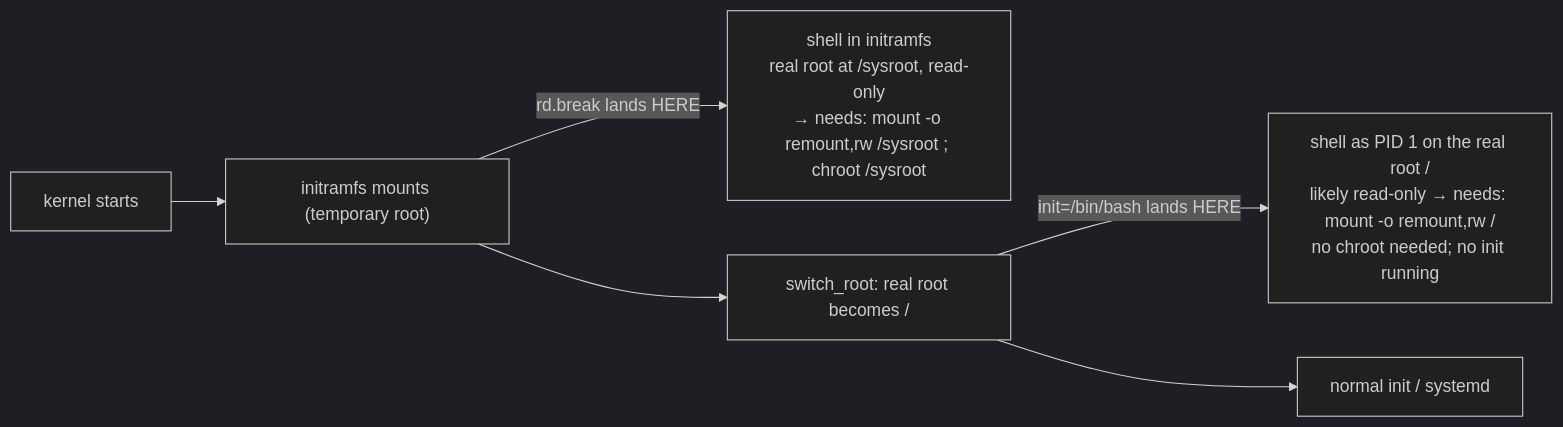
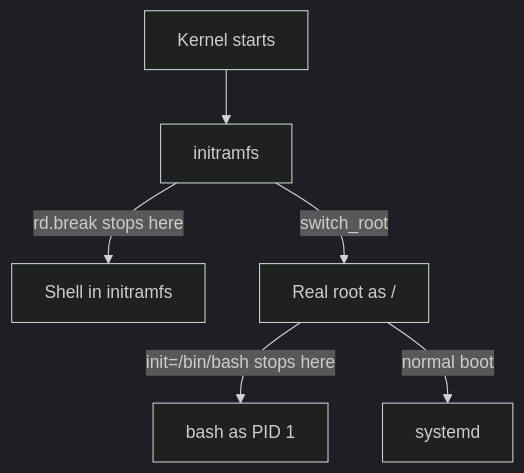
One commit to astrona-io/ATS002 changed the diagram in sections/section-080/module-02/course-01-two-doors-rd-break-and-init.md. Above: the diagram before and after it, drawn with Mermaid (dark theme). The commit also changed other lines of this file and 615 other files, not shown here.

````diff
--- a/sections/section-080/module-02/course-01-two-doors-rd-break-and-init.md
+++ b/sections/section-080/module-02/course-01-two-doors-rd-break-and-init.md
@@ -13,8 +22,8 @@
 ```mermaid
-flowchart LR
-    K["kernel starts"] --> IR["initramfs mounts (temporary root)"]
-    IR -->|rd.break lands HERE| RB["shell in initramfs<br/>real root at /sysroot, read-only<br/>→ needs: mount -o remount,rw /sysroot ; chroot /sysroot"]
-    IR --> SW["switch_root: real root becomes /"]
-    SW -->|init=/bin/bash lands HERE| IB["shell as PID 1 on the real root /<br/>likely read-only → needs: mount -o remount,rw /<br/>no chroot needed; no init running"]
-    SW --> N["normal init / systemd"]
+flowchart TD
+    K["Kernel starts"] --> I["initramfs"]
+    I -->|"rd.break stops here"| R["Shell in initramfs"]
+    I -->|"switch_root"| S["Real root as /"]
+    S -->|"init=/bin/bash stops here"| B["bash as PID 1"]
+    S -->|"normal boot"| N["systemd"]
 ```
````
